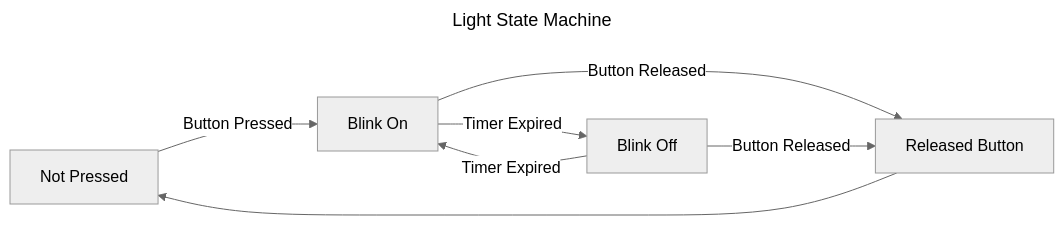
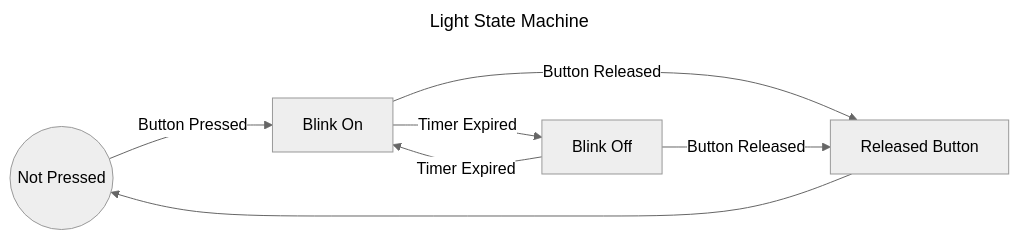
One commit to aughey/cpp_playground changed the diagram in StateMachine.md. Above: the diagram before and after it, drawn with Mermaid (neutral theme). The commit also changed other lines of this file and 4 other files, not shown here.

````diff
--- a/StateMachine.md
+++ b/StateMachine.md
@@ -26,12 +30,12 @@
 ```mermaid
 ---
 title: Light State Machine
 ---
 graph LR;
-    1[Not Pressed] -- "Button Pressed" --> 2;
+    1((Not Pressed)) -- "Button Pressed" --> 2;
     2[Blink On] -- Timer Expired --> 3;
     3[Blink Off] -- Timer Expired --> 2
     2 -- "Button Released" --> 4;
     3 -- "Button Released" --> 4;
     4[Released Button] --> 1;
 ```
````
